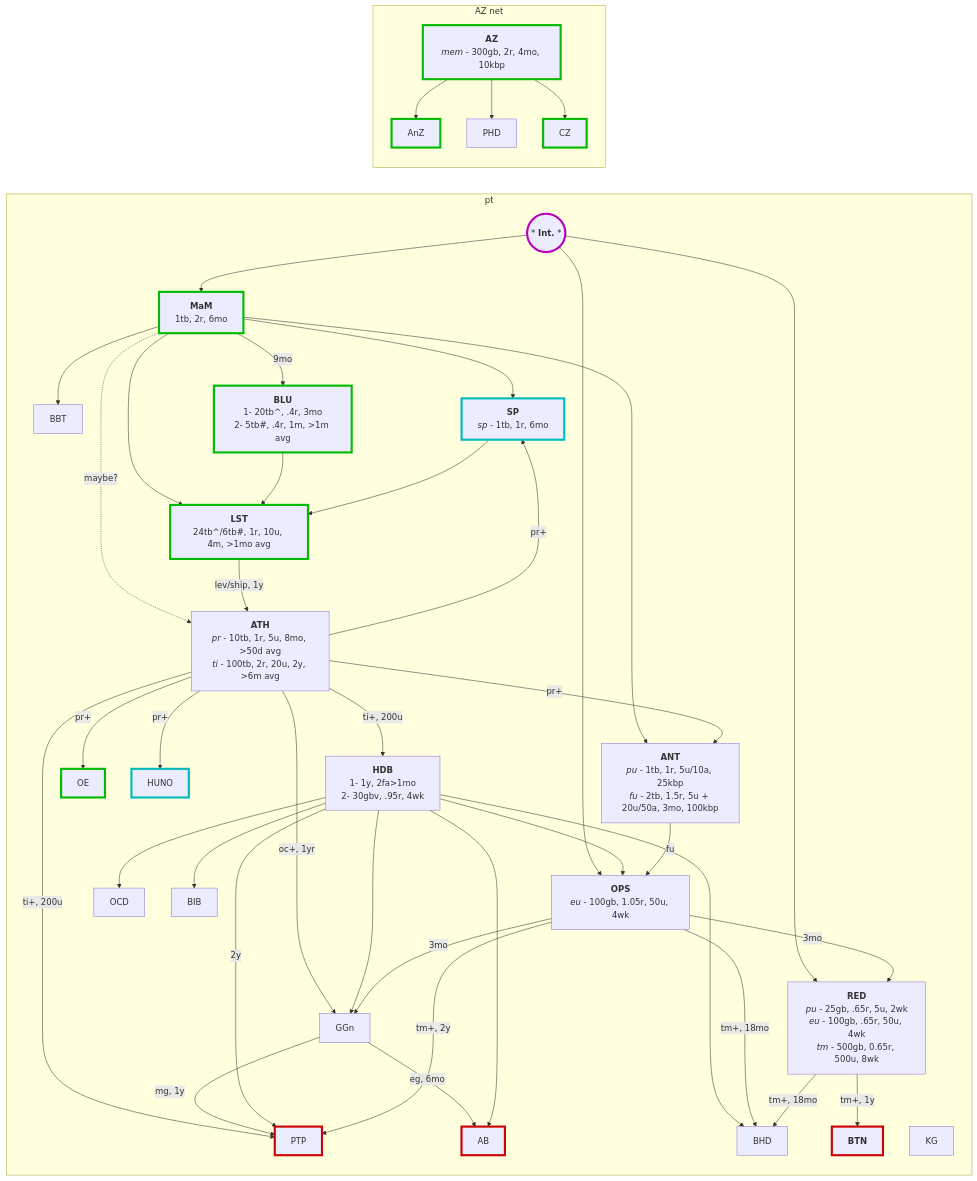
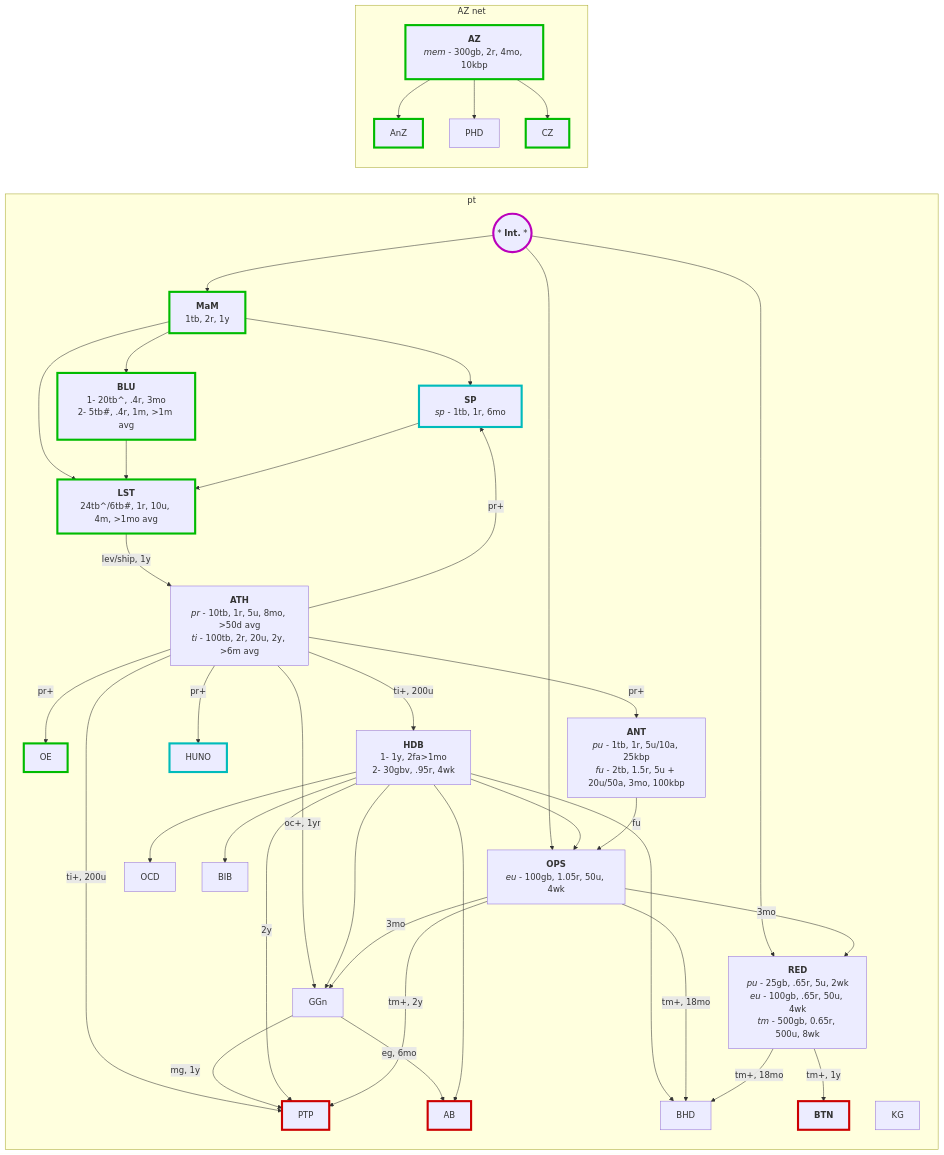
The diagram in content/tech/selfhost.md (brancardoso/brancardoso.github.io), drawn with Mermaid before and after one commit.

Commit message:
update notes

```diff
--- a/content/tech/selfhost.md
+++ b/content/tech/selfhost.md
@@ -29,14 +29,11 @@
     Int --> MaM
 
     MaM["`**MaM**
-1tb, 2r, 6mo
+1tb, 2r, 1y
 `"]
-    MaM --> ANT
-    MaM --> BBT
     MaM --> SP
     MaM --> LST
-    MaM -.->|maybe?| ATH
-    MaM -->|9mo| BLU
+    MaM --> BLU
 
     BLU["`**BLU**
 1- 20tb^, .4r, 3mo
```
